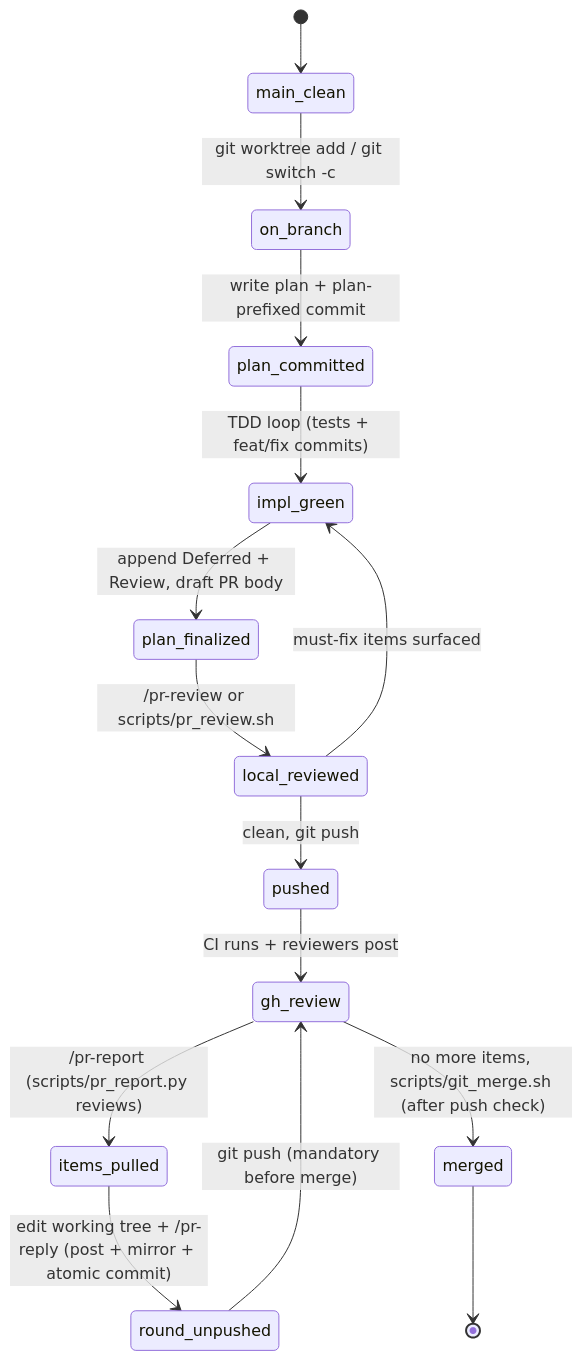
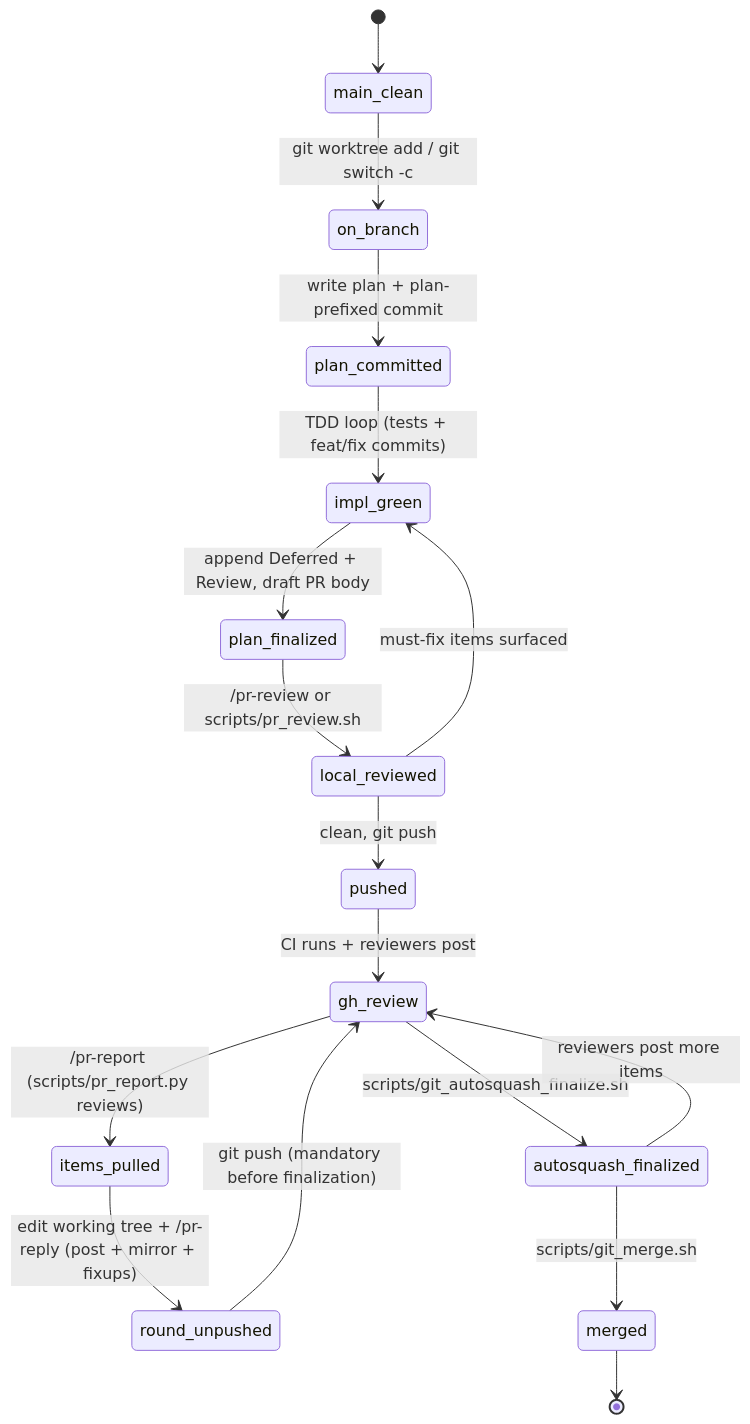
The first of 2 diagrams in doc/workflow.md (cmk/template-rust), drawn with Mermaid before and after one commit. The commit also changed other lines of this file and 13 other files, not shown here.

Commit message:
feat: Add autosquash review finalization

````diff
--- a/doc/workflow.md
+++ b/doc/workflow.md
@@ -18,17 +18,19 @@
 ```mermaid
 stateDiagram-v2
     [*] --> main_clean
     main_clean --> on_branch: git worktree add / git switch -c
     on_branch --> plan_committed: write plan + plan-prefixed commit
     plan_committed --> impl_green: TDD loop (tests + feat/fix commits)
     impl_green --> plan_finalized: append Deferred + Review, draft PR body
     plan_finalized --> local_reviewed: /pr-review or scripts/pr_review.sh
     local_reviewed --> impl_green: must-fix items surfaced
     local_reviewed --> pushed: clean, git push
     pushed --> gh_review: CI runs + reviewers post
     gh_review --> items_pulled: /pr-report (scripts/pr_report.py reviews)
-    items_pulled --> round_unpushed: edit working tree + /pr-reply (post + mirror + atomic commit)
-    round_unpushed --> gh_review: git push (mandatory before merge)
-    gh_review --> merged: no more items, scripts/git_merge.sh (after push check)
+    items_pulled --> round_unpushed: edit working tree + /pr-reply (post + mirror + fixups)
+    round_unpushed --> gh_review: git push (mandatory before finalization)
+    gh_review --> autosquash_finalized: scripts/git_autosquash_finalize.sh
+    autosquash_finalized --> gh_review: reviewers post more items
+    autosquash_finalized --> merged: scripts/git_merge.sh
     merged --> [*]
 ```
````
